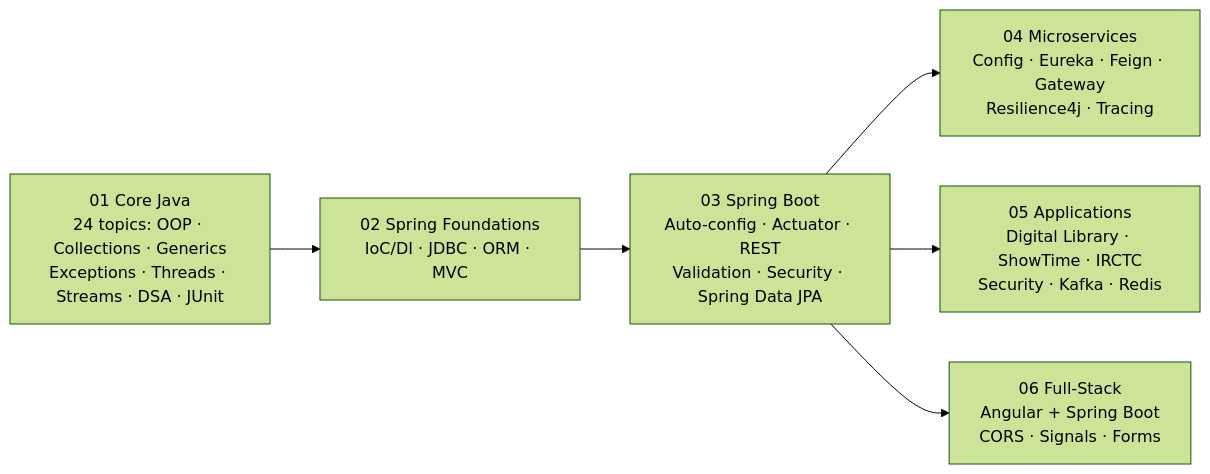
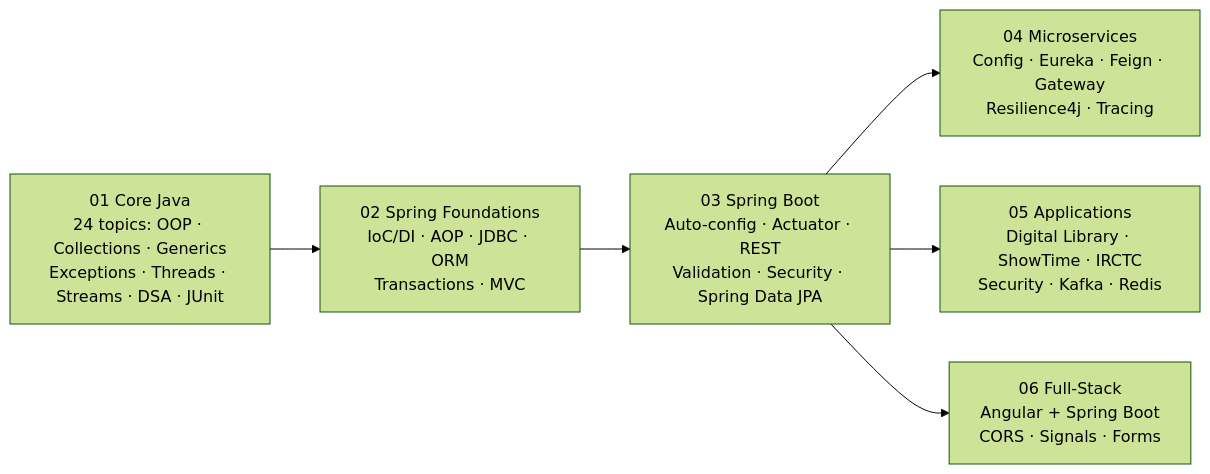
The diagram in README.md (adityachauhan564/spring-framework), drawn with Mermaid (forest theme) before and after one commit. The commit also changed other lines of this file, not shown here.

````diff
--- a/README.md
+++ b/README.md
@@ -7,8 +9,8 @@
 ```mermaid
 flowchart LR
-    A["01 Core Java<br/>24 topics: OOP · Collections · Generics<br/>Exceptions · Threads · Streams · DSA · JUnit"] --> B["02 Spring Foundations<br/>IoC/DI · JDBC · ORM · MVC"]
+    A["01 Core Java<br/>24 topics: OOP · Collections · Generics<br/>Exceptions · Threads · Streams · DSA · JUnit"] --> B["02 Spring Foundations<br/>IoC/DI · AOP · JDBC · ORM<br/>Transactions · MVC"]
     B --> C["03 Spring Boot<br/>Auto-config · Actuator · REST<br/>Validation · Security · Spring Data JPA"]
     C --> D["04 Microservices<br/>Config · Eureka · Feign · Gateway<br/>Resilience4j · Tracing"]
     C --> E["05 Applications<br/>Digital Library · ShowTime · IRCTC<br/>Security · Kafka · Redis"]
     C --> F["06 Full-Stack<br/>Angular + Spring Boot<br/>CORS · Signals · Forms"]
 ```
````
